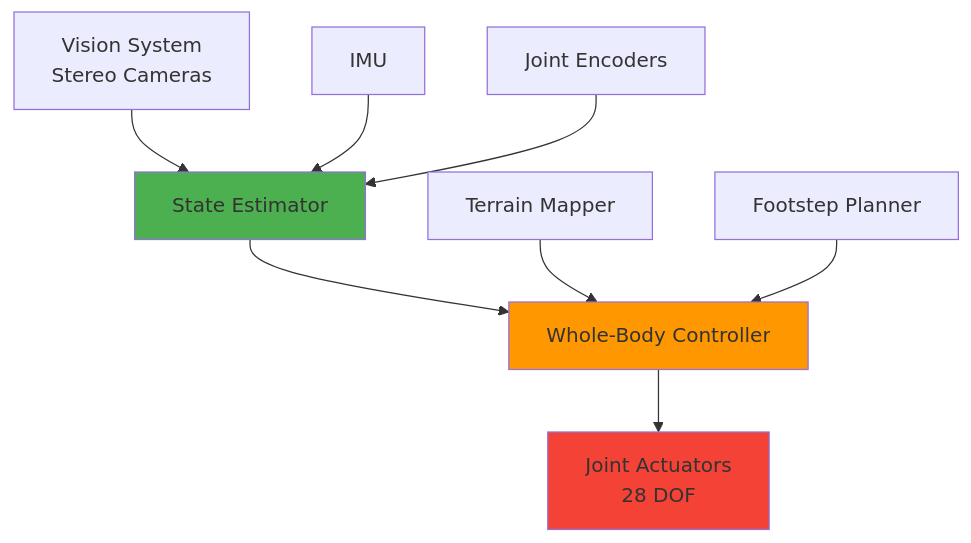
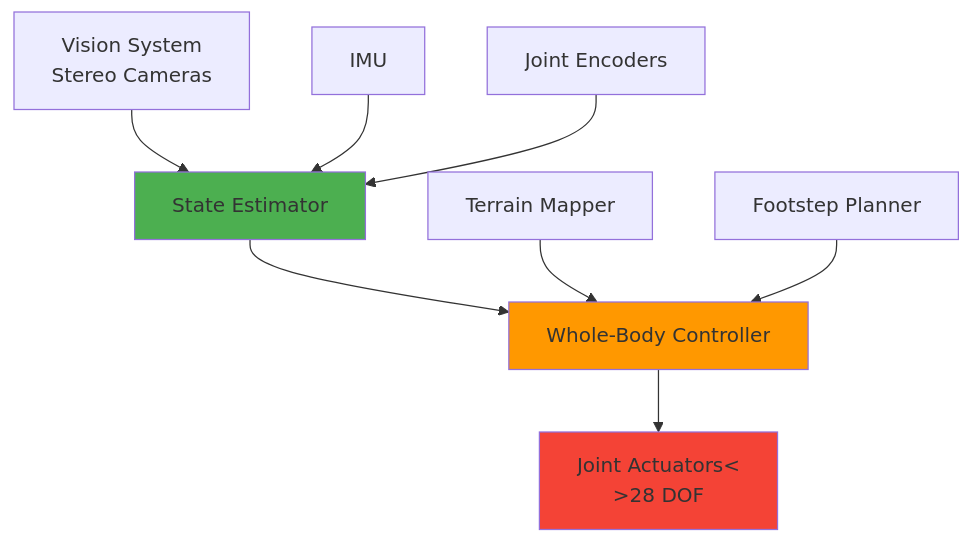
Before and after one commit to hibasheikh90/hackathon_book: the fifth of 6 diagrams in docs/module-1-ros2/week-1/chapter-1-intro.mdx, drawn with Mermaid. The commit also changed other lines of this file and 19 other files, not shown here.

````diff
--- a/docs/module-1-ros2/week-1/chapter-1-intro.mdx
+++ b/docs/module-1-ros2/week-1/chapter-1-intro.mdx
@@ -184,17 +185,17 @@
 ```mermaid
 graph TD
     A[Vision System<br/>Stereo Cameras] --> B[State Estimator]
     C[IMU] --> B
     D[Joint Encoders] --> B
 
     B --> E[Whole-Body Controller]
 
     F[Terrain Mapper] --> E
     G[Footstep Planner] --> E
 
-    E --> H[Joint Actuators<br/>28 DOF]
+    E --> H[Joint Actuators<\n>28 DOF]
 
     style B fill:#4CAF50
     style E fill:#FF9800
     style H fill:#F44336
 ```
````
